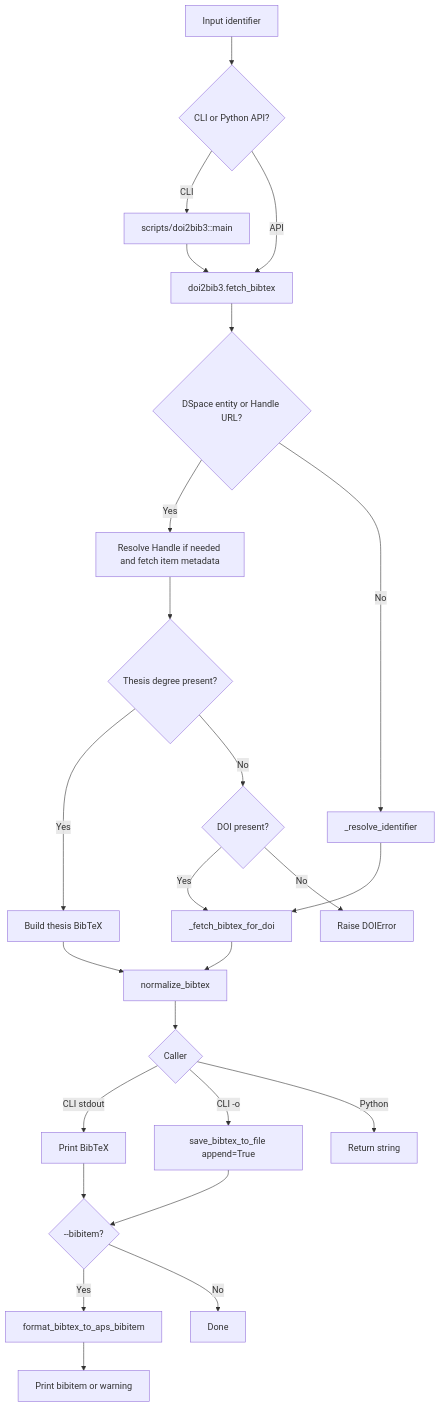
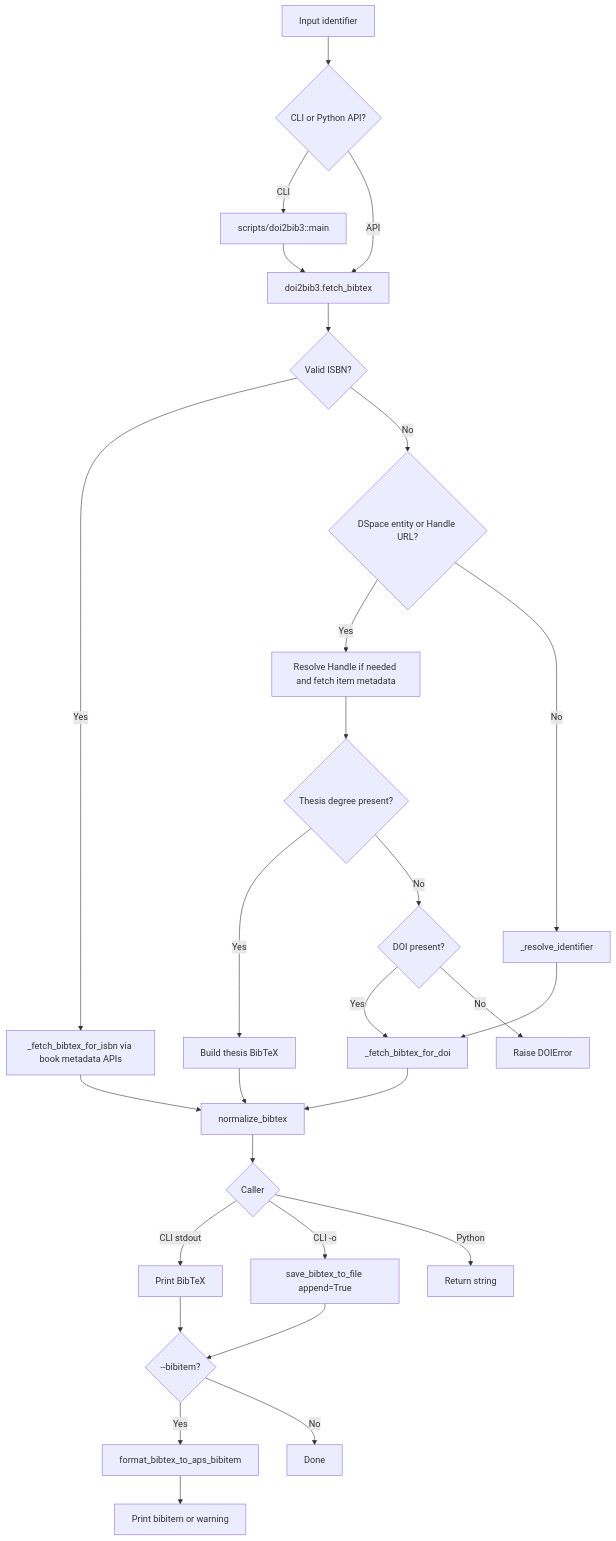
The first of 5 diagrams in docs/ALGORITHM_VISUALS.md (archisman-panigrahi/doi2bib3), drawn with Mermaid before and after one commit. The commit also changed other lines of this file and 6 other files, not shown here.

````diff
--- a/docs/ALGORITHM_VISUALS.md
+++ b/docs/ALGORITHM_VISUALS.md
@@ -7,27 +7,30 @@
 ```mermaid
 flowchart TD
     A[Input identifier] --> B{CLI or Python API?}
     B -->|CLI| C[scripts/doi2bib3::main]
     B -->|API| D[doi2bib3.fetch_bibtex]
     C --> D
-    D --> P{DSpace entity or Handle URL?}
+    D --> E{Valid ISBN?}
+    E -->|Yes| IB[_fetch_bibtex_for_isbn via book metadata APIs]
+    E -->|No| P{DSpace entity or Handle URL?}
     P -->|Yes| Q[Resolve Handle if needed and fetch item metadata]
-    P -->|No| E[_resolve_identifier]
+    P -->|No| V[_resolve_identifier]
     Q --> R{Thesis degree present?}
     R -->|Yes| S[Build thesis BibTeX]
     R -->|No| T{DOI present?}
     T -->|Yes| F
     T -->|No| U[Raise DOIError]
-    E --> F[_fetch_bibtex_for_doi]
+    V --> F[_fetch_bibtex_for_doi]
+    IB --> G[normalize_bibtex]
     F --> G[normalize_bibtex]
     S --> G
     G --> H{Caller}
     H -->|CLI stdout| I[Print BibTeX]
     H -->|CLI -o| J[save_bibtex_to_file append=True]
     H -->|Python| K[Return string]
     I --> L{--bibitem?}
     J --> L
     L -->|Yes| M[format_bibtex_to_aps_bibitem]
     L -->|No| N[Done]
     M --> O[Print bibitem or warning]
 ```
````
